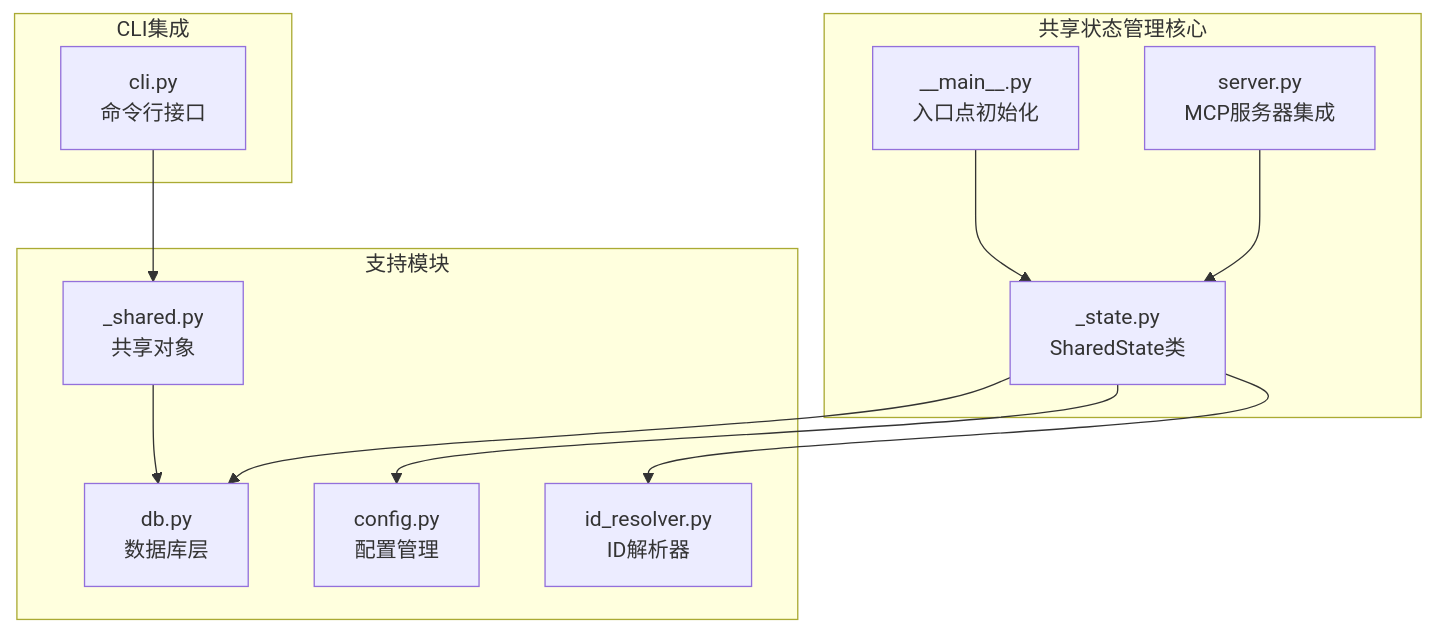
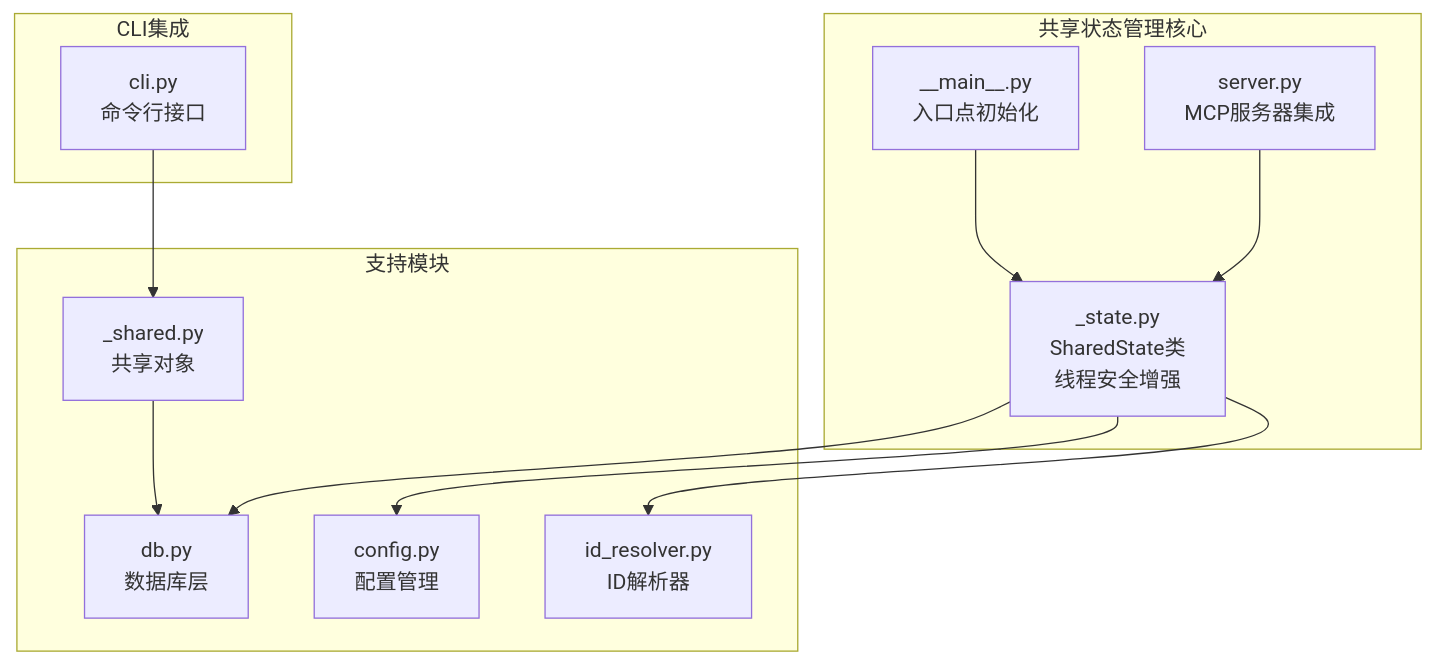
Before and after one commit to 1173591564/academic-based-qoder: the first of 8 diagrams in .qoder/repowiki/zh/content/Python后端系统/共享状态管理系统.md, drawn with Mermaid. The commit also changed other lines of this file and 81 other files, not shown here.

````diff
--- a/.qoder/repowiki/zh/content/Python后端系统/共享状态管理系统.md
+++ b/.qoder/repowiki/zh/content/Python后端系统/共享状态管理系统.md
@@ -36,24 +45,24 @@
 ```mermaid
 graph TB
 subgraph "共享状态管理核心"
-A[_state.py<br/>SharedState类]
+A[_state.py<br/>SharedState类<br/>线程安全增强]
 B[__main__.py<br/>入口点初始化]
 C[server.py<br/>MCP服务器集成]
 end
 subgraph "支持模块"
 D[_shared.py<br/>共享对象]
 E[db.py<br/>数据库层]
 F[config.py<br/>配置管理]
 G[id_resolver.py<br/>ID解析器]
 end
 subgraph "CLI集成"
 H[cli.py<br/>命令行接口]
 end
 A --> E
 A --> F
 A --> G
 B --> A
 C --> A
 D --> E
 H --> D
 ```
````
